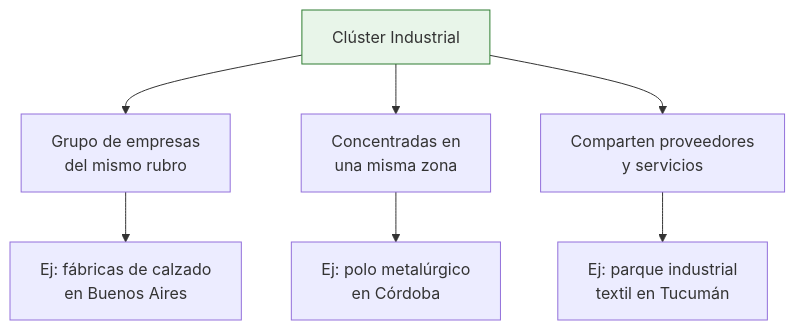
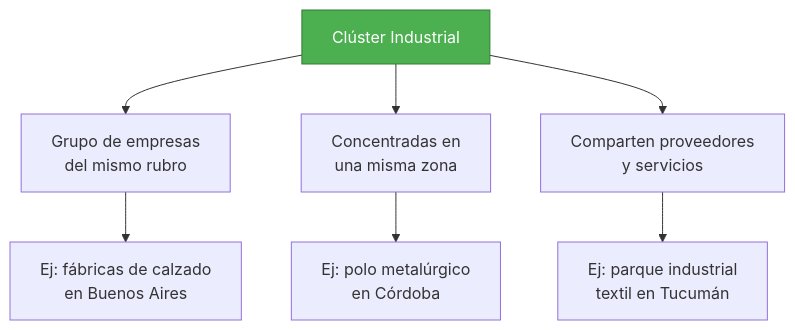
Before and after one commit to barrosignacioezequiel-coder/docs: the first of 2 diagrams in app/paso1-argentina/encontrar-fabricas/cluster-map-idep.mdx, drawn with Mermaid. The commit also changed other lines of this file and 66 other files, not shown here.

First line of the commit message:
fix: resolve Mermaid v11 numbered list errors + improve contrast

````diff
--- a/app/paso1-argentina/encontrar-fabricas/cluster-map-idep.mdx
+++ b/app/paso1-argentina/encontrar-fabricas/cluster-map-idep.mdx
@@ -17,12 +17,12 @@
 ```mermaid
 graph TD
     A["Clúster Industrial"] --> B["Grupo de empresas<br/>del mismo rubro"]
     A --> C["Concentradas en<br/>una misma zona"]
     A --> D["Comparten proveedores<br/>y servicios"]
 
     B --> E["Ej: fábricas de calzado<br/>en Buenos Aires"]
     C --> F["Ej: polo metalúrgico<br/>en Córdoba"]
     D --> G["Ej: parque industrial<br/>textil en Tucumán"]
 
-    style A fill:#e8f5e9,stroke:#2e7d32
+    style A fill:#4caf50,stroke:#2e7d32,color:#fff
 ```
````
